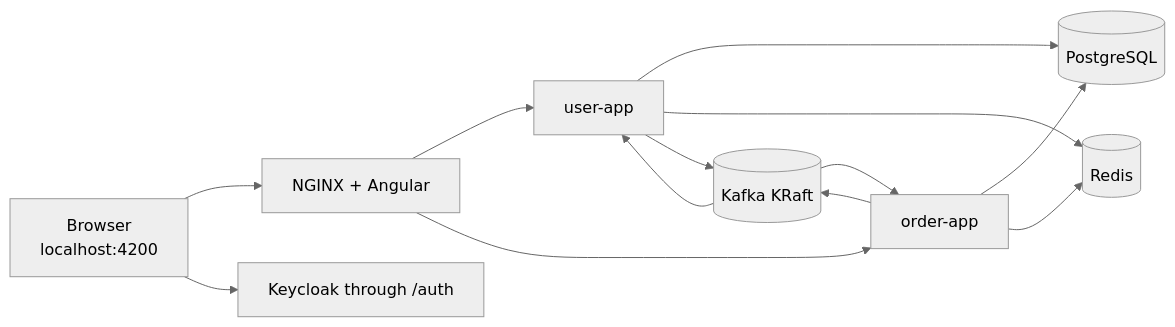
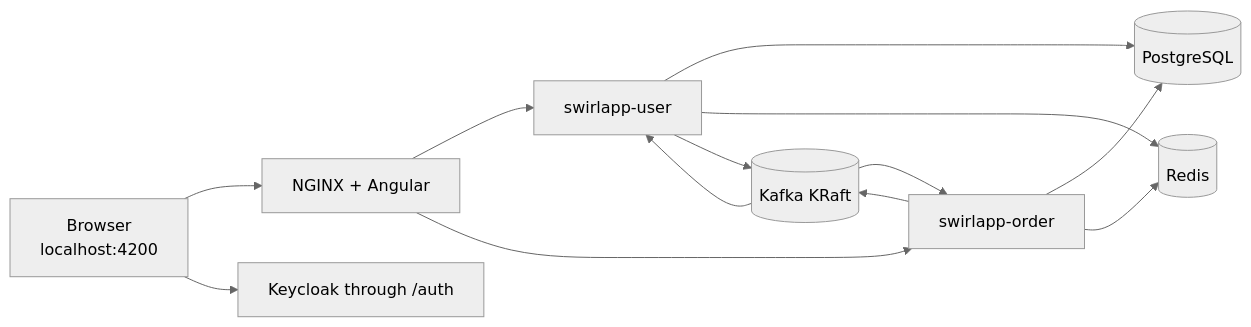
Before and after one commit to chefzaid/devapp: the second of 2 diagrams in docs/development.md, drawn with Mermaid (neutral theme). The commit also changed other lines of this file and 277 other files, not shown here.

````diff
--- a/docs/development.md
+++ b/docs/development.md
@@ -50,15 +50,15 @@
 ```mermaid
 flowchart LR
     browser[Browser\nlocalhost:4200] --> web[NGINX + Angular]
     browser --> keycloak[Keycloak through /auth]
-    web --> user[user-app]
-    web --> order[order-app]
+    web --> user[swirlapp-user]
+    web --> order[swirlapp-order]
     user --> pg[(PostgreSQL)]
     order --> pg
     user --> redis[(Redis)]
     order --> redis
     order --> kafka[(Kafka KRaft)]
     kafka --> user
     user --> kafka
     kafka --> order
 ```
````
